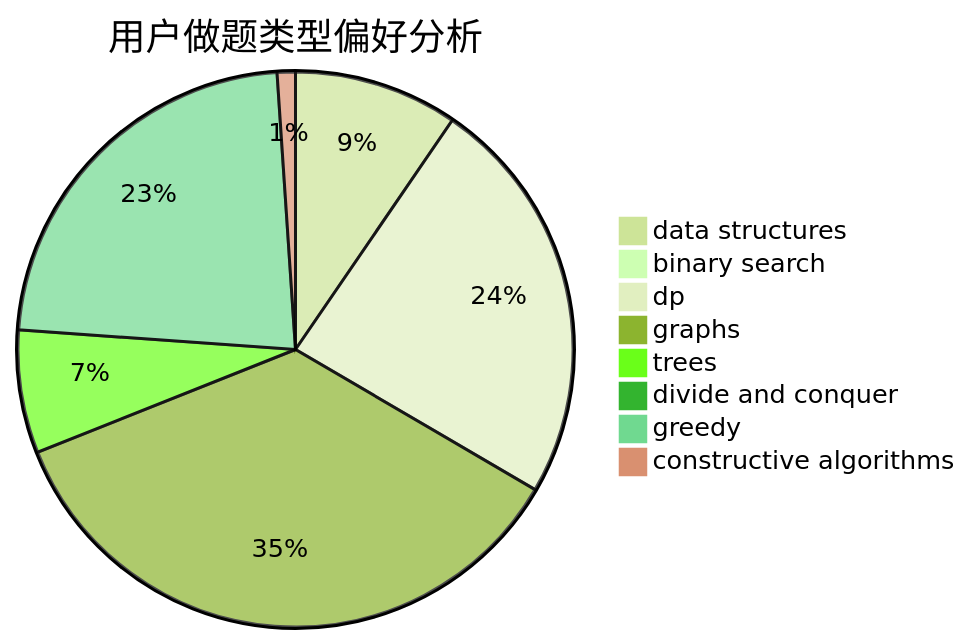
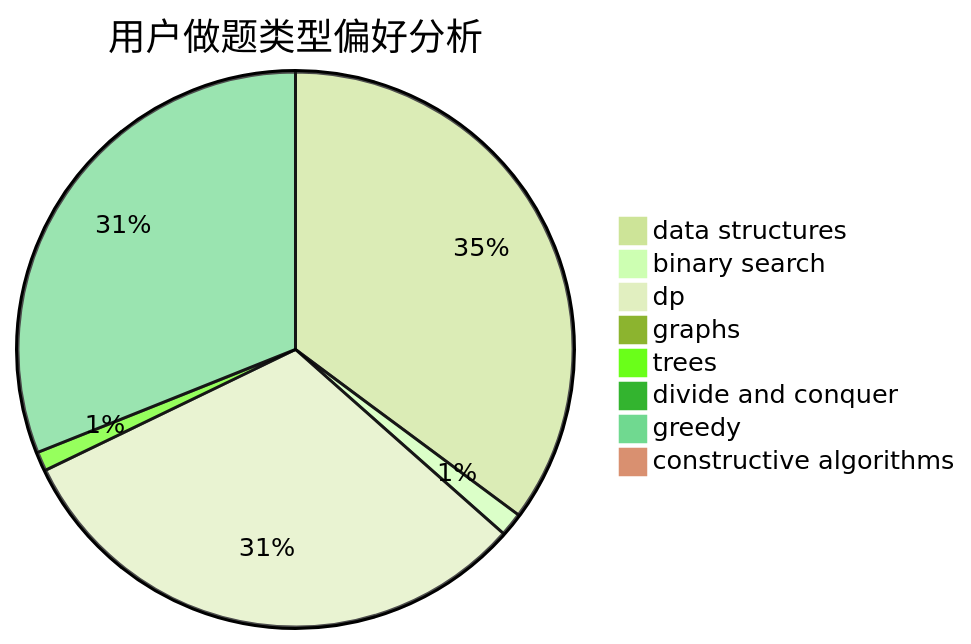
Before and after one commit to sherpahu/cfrs.github.io: the second of 3 diagrams in docs/user/u219.md, drawn with Mermaid (forest theme). The commit also changed other lines of this file and 2770 other files, not shown here.

````diff
--- a/docs/user/u219.md
+++ b/docs/user/u219.md
@@ -23,11 +23,11 @@
 ```mermaid
 pie title 用户做题类型偏好分析
-    "data structures" :  36
-    "binary search" :  3
-    "dp" :  90
-    "graphs" :  134
-    "trees" :  27
+    "data structures" :  410
+    "binary search" :  16
+    "dp" :  365
+    "graphs" :  5
+    "trees" :  13
     "divide and conquer" :  0
-    "greedy" :  86
-    "constructive algorithms" :  4
+    "greedy" :  362
+    "constructive algorithms" :  11
 ```
````
